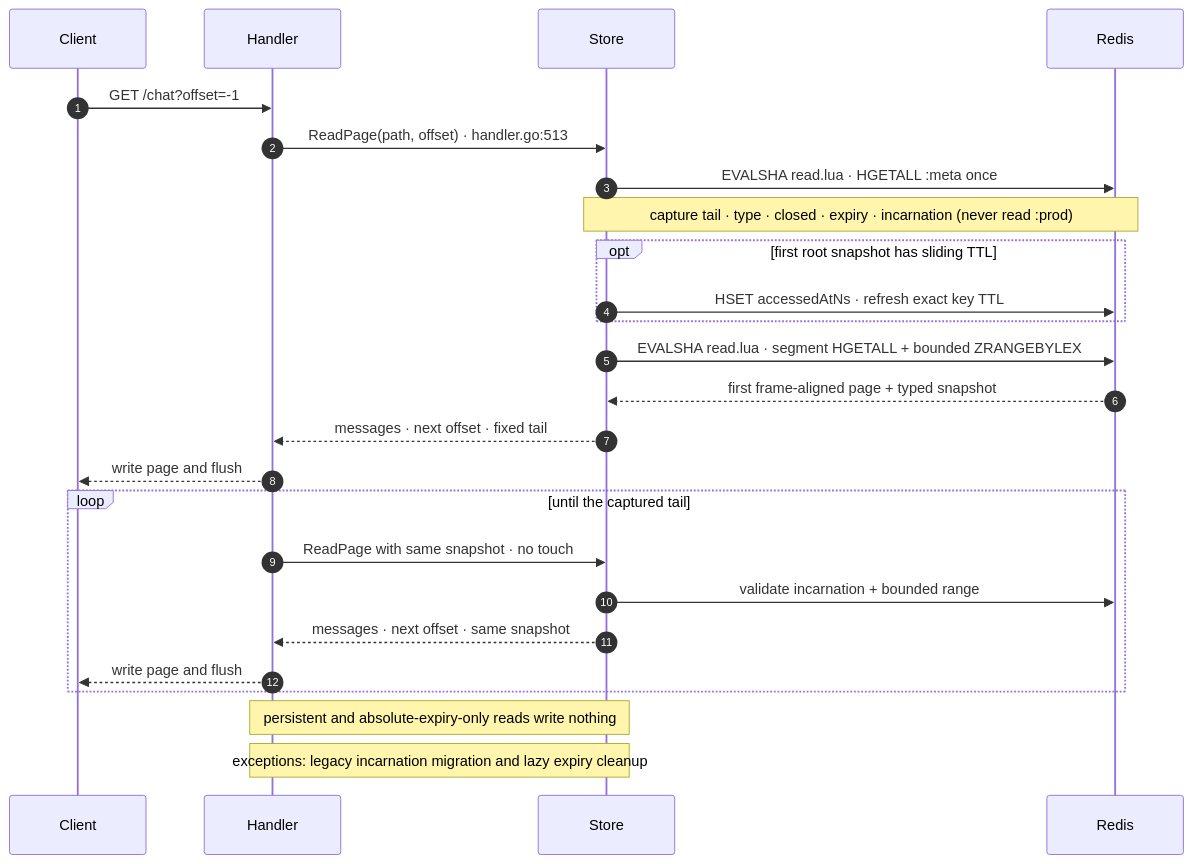
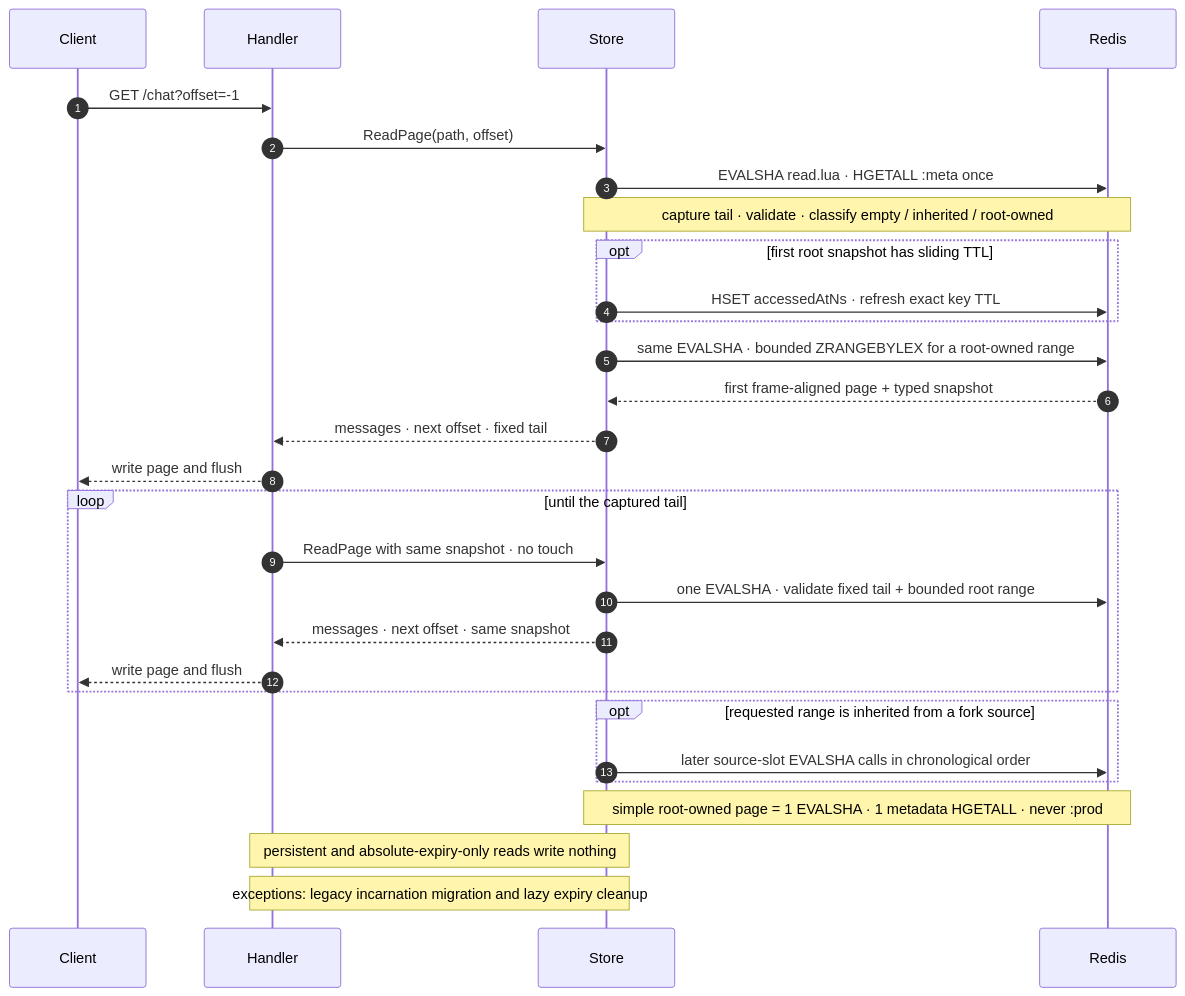
The diagram in docs-site/diagrams/seq-read.mmd (adityavkk/chronicle), drawn with Mermaid before and after one commit. The commit also changed 42 other files, not shown here.

Commit message:
perf: fuse bounded root reads

```diff
--- a/docs-site/diagrams/seq-read.mmd
+++ b/docs-site/diagrams/seq-read.mmd
@@ -1,25 +1,29 @@
 sequenceDiagram
     autonumber
     participant C as Client
     participant H as Handler
     participant S as Store
     participant R as Redis
     C->>H: GET /chat?offset=-1
-    H->>S: ReadPage(path, offset) · handler.go:513
+    H->>S: ReadPage(path, offset)
     S->>R: EVALSHA read.lua · HGETALL :meta once
-    Note over S,R: capture tail · type · closed · expiry · incarnation (never read :prod)
+    Note over S,R: capture tail · validate · classify empty / inherited / root-owned
     opt first root snapshot has sliding TTL
         S->>R: HSET accessedAtNs · refresh exact key TTL
     end
-    S->>R: EVALSHA read.lua · segment HGETALL + bounded ZRANGEBYLEX
+    S->>R: same EVALSHA · bounded ZRANGEBYLEX for a root-owned range
     R-->>S: first frame-aligned page + typed snapshot
     S-->>H: messages · next offset · fixed tail
     H-->>C: write page and flush
     loop until the captured tail
         H->>S: ReadPage with same snapshot · no touch
-        S->>R: validate incarnation + bounded range
+        S->>R: one EVALSHA · validate fixed tail + bounded root range
         S-->>H: messages · next offset · same snapshot
         H-->>C: write page and flush
     end
+    opt requested range is inherited from a fork source
+        S->>R: later source-slot EVALSHA calls in chronological order
+    end
+    Note over S,R: simple root-owned page = 1 EVALSHA · 1 metadata HGETALL · never :prod
     Note over H,S: persistent and absolute-expiry-only reads write nothing
     Note over H,S: exceptions: legacy incarnation migration and lazy expiry cleanup
```
